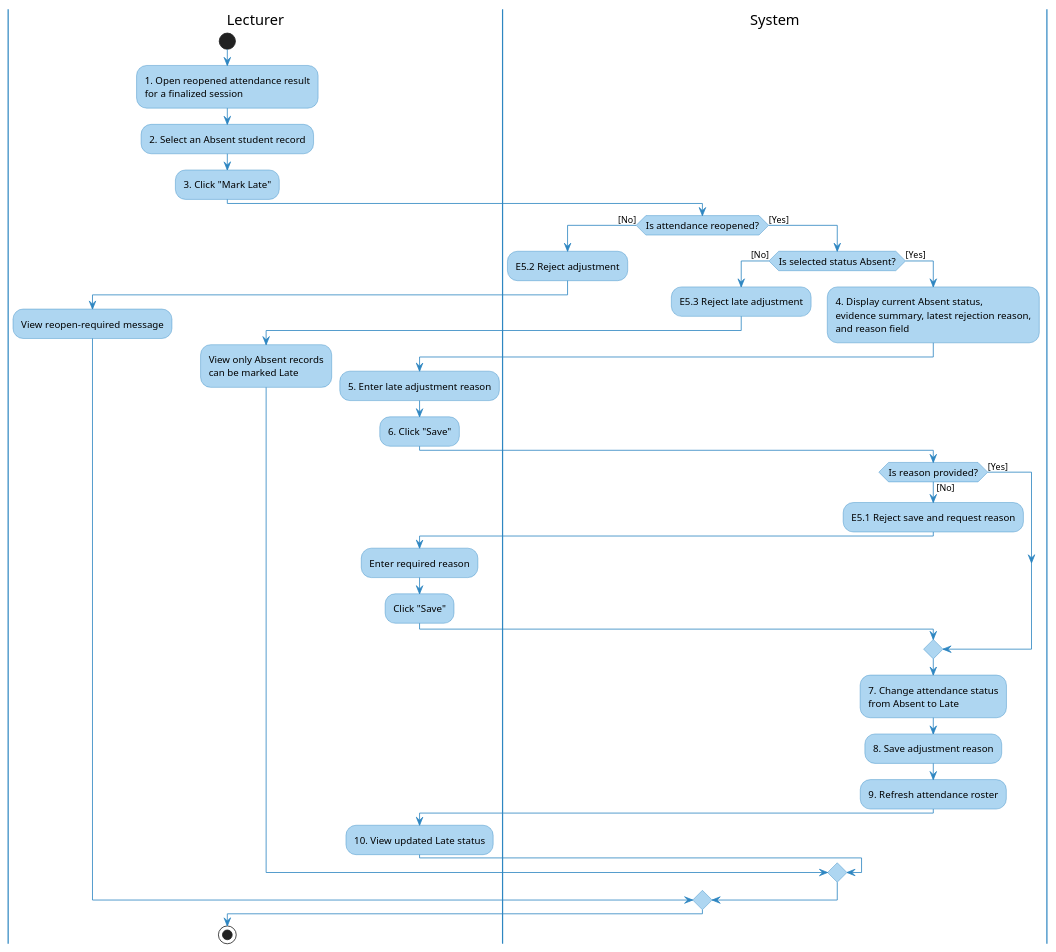
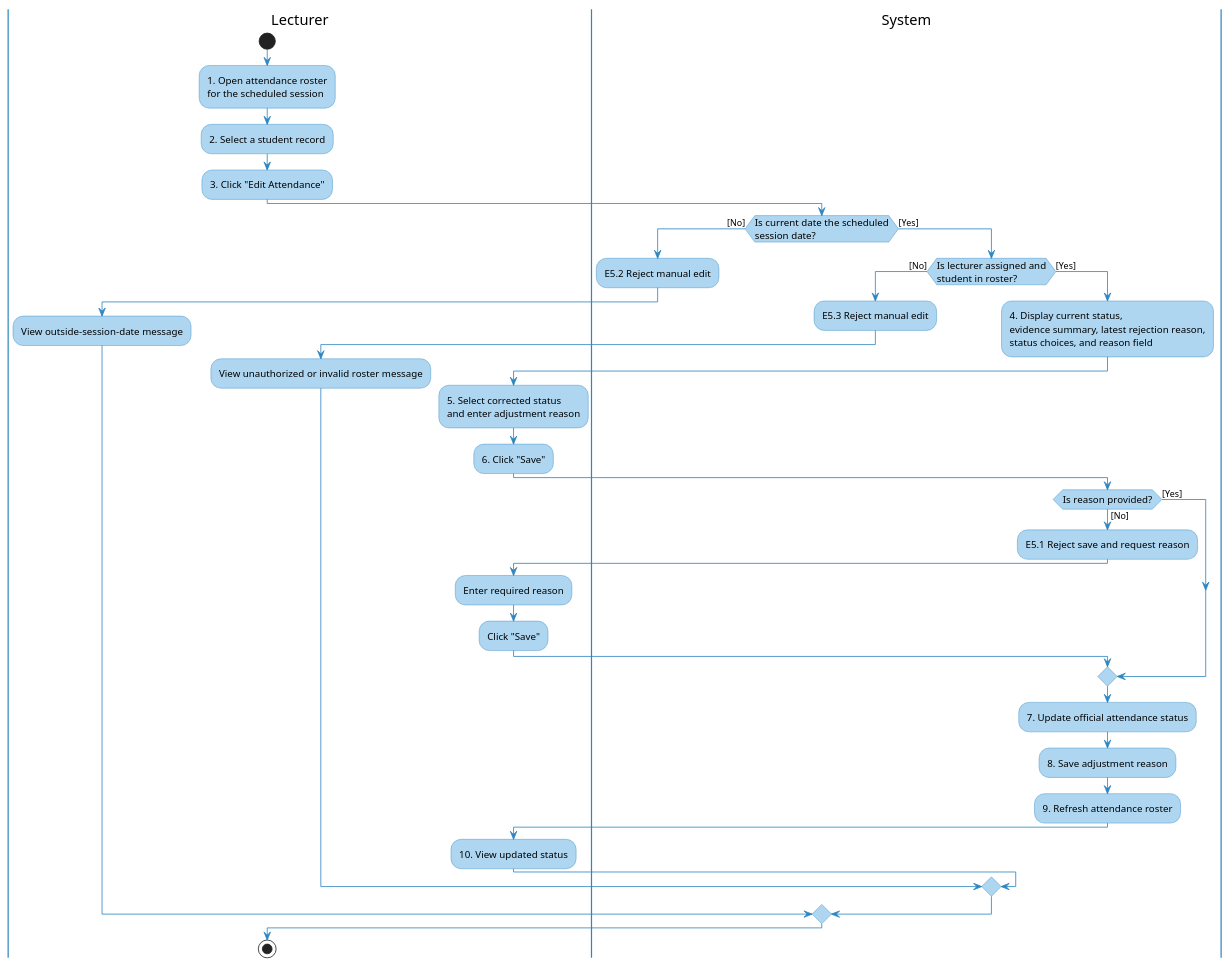
Before and after one commit to nttung42/SWD392: the sixth of 6 diagrams in docs/rds/1_Requirement.md, drawn with PlantUML. The commit also changed other lines of this file and 3 other files, not shown here.

````diff
--- a/docs/rds/1_Requirement.md
+++ b/docs/rds/1_Requirement.md
@@ -601,58 +593,58 @@
 ```plantuml
 @startuml UC07_Activity_Swimlane
 skinparam ActivityBackgroundColor #AED6F1
 skinparam ActivityBorderColor #2E86C1
 skinparam ActivityDiamondBackgroundColor #AED6F1
 skinparam ActivityDiamondBorderColor #2E86C1
 skinparam ArrowColor #2E86C1
 skinparam ActivityFontSize 12
 skinparam swimlaneBorderColor #2E86C1
 skinparam swimlaneHeaderFontStyle bold
 
 |Lecturer|
 start
-:1. Open reopened attendance result\nfor a finalized session;
-:2. Select an Absent student record;
-:3. Click "Mark Late";
+:1. Open attendance roster\nfor the scheduled session;
+:2. Select a student record;
+:3. Click "Edit Attendance";
 
 |System|
-if (Is attendance reopened?) then ([No])
-  :E5.2 Reject adjustment;
+if (Is current date the scheduled\nsession date?) then ([No])
+  :E5.2 Reject manual edit;
   |Lecturer|
-  :View reopen-required message;
+  :View outside-session-date message;
 else ([Yes])
   |System|
-  if (Is selected status Absent?) then ([No])
-    :E5.3 Reject late adjustment;
+  if (Is lecturer assigned and\nstudent in roster?) then ([No])
+    :E5.3 Reject manual edit;
     |Lecturer|
-    :View only Absent records\ncan be marked Late;
+    :View unauthorized or invalid roster message;
   else ([Yes])
     |System|
-    :4. Display current Absent status,\nevidence summary, latest rejection reason,\nand reason field;
+    :4. Display current status,\nevidence summary, latest rejection reason,\nstatus choices, and reason field;
 
     |Lecturer|
-    :5. Enter late adjustment reason;
+    :5. Select corrected status\nand enter adjustment reason;
     :6. Click "Save";
 
     |System|
     if (Is reason provided?) then ([No])
       :E5.1 Reject save and request reason;
       |Lecturer|
       :Enter required reason;
       :Click "Save";
     else ([Yes])
     endif
 
     |System|
-    :7. Change attendance status\nfrom Absent to Late;
+    :7. Update official attendance status;
     :8. Save adjustment reason;
     :9. Refresh attendance roster;
 
     |Lecturer|
-    :10. View updated Late status;
+    :10. View updated status;
   endif
 endif
 
 stop
 @enduml
 ```
````
